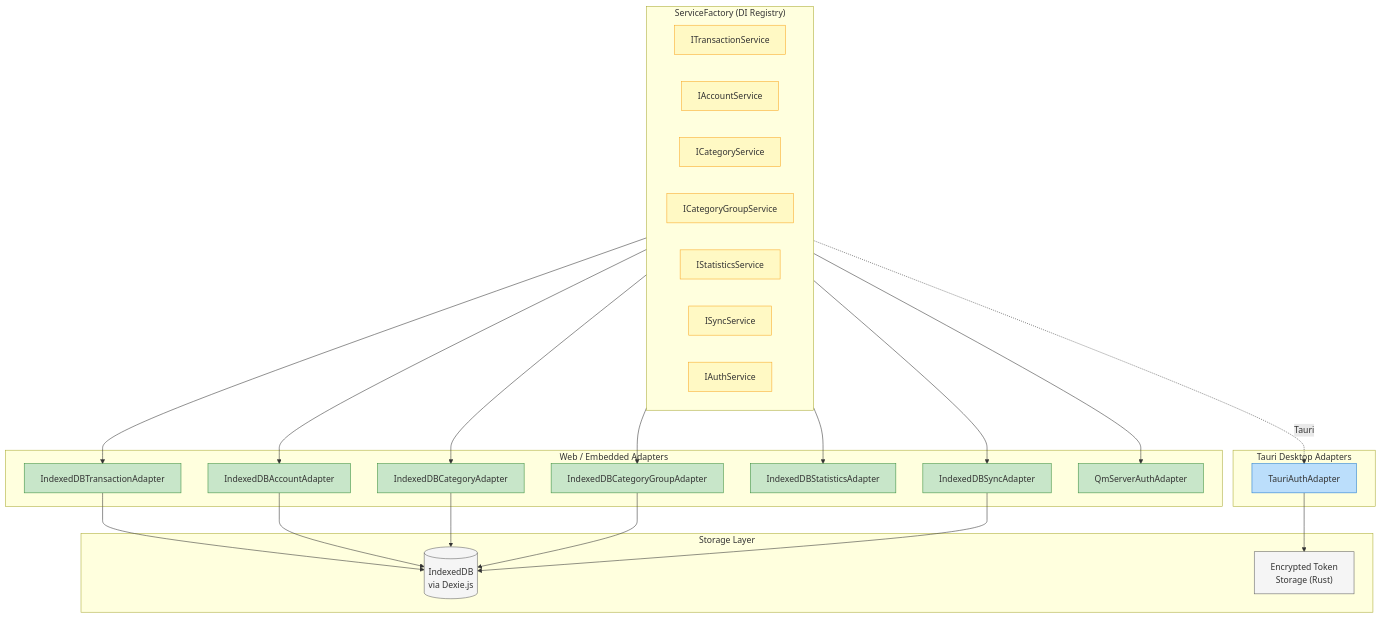
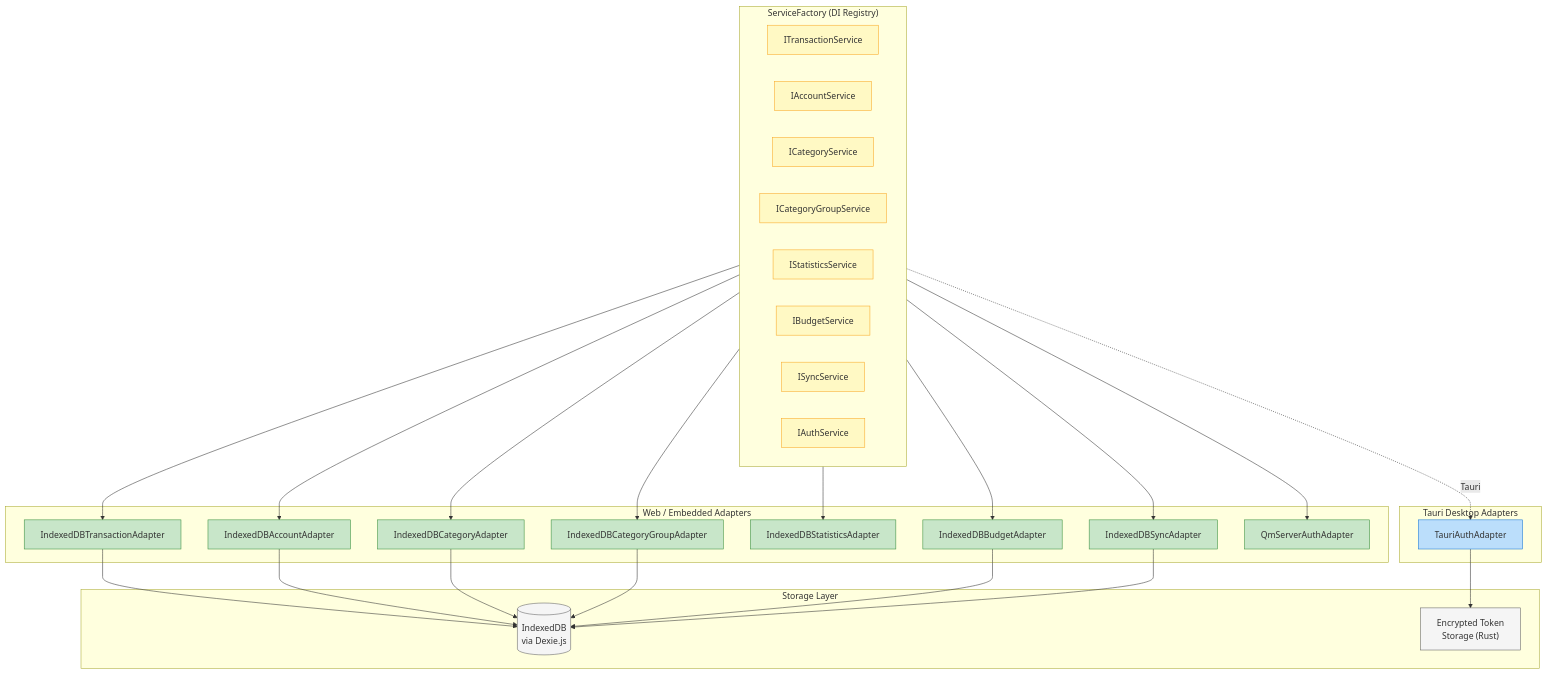
One commit to loidinhm31/money-insight changed the third of 12 diagrams in docs/architecture.md. Above: the diagram before and after it, drawn with Mermaid. The commit also changed other lines of this file and 20 other files, not shown here.

Commit message:
feat: add budget sync data layer

````diff
--- a/docs/architecture.md
+++ b/docs/architecture.md
@@ -51,57 +51,61 @@
 ```mermaid
 flowchart TB
     subgraph Factory["ServiceFactory (DI Registry)"]
         direction LR
         TxSvc["ITransactionService"]
         AccSvc["IAccountService"]
         CatSvc["ICategoryService"]
         CatGrpSvc["ICategoryGroupService"]
         StatSvc["IStatisticsService"]
+        BudgetSvc["IBudgetService"]
         SyncSvc["ISyncService"]
         AuthSvc["IAuthService"]
     end
 
     subgraph WebAdapters["Web / Embedded Adapters"]
         IDBTx["IndexedDBTransactionAdapter"]
         IDBAcct["IndexedDBAccountAdapter"]
         IDBCat["IndexedDBCategoryAdapter"]
         IDBCatGrp["IndexedDBCategoryGroupAdapter"]
         IDBStats["IndexedDBStatisticsAdapter"]
+        IDBBudget["IndexedDBBudgetAdapter"]
         IDBSync["IndexedDBSyncAdapter"]
         QmAuth["QmServerAuthAdapter"]
     end
 
     subgraph TauriAdapters["Tauri Desktop Adapters"]
         TauriAuth["TauriAuthAdapter"]
     end
 
     subgraph Storage["Storage Layer"]
         IDB[(IndexedDB<br/>via Dexie.js)]
         RustEnc["Encrypted Token<br/>Storage (Rust)"]
     end
 
     TxSvc --> IDBTx
     AccSvc --> IDBAcct
     CatSvc --> IDBCat
     CatGrpSvc --> IDBCatGrp
     StatSvc --> IDBStats
+    BudgetSvc --> IDBBudget
     SyncSvc --> IDBSync
     AuthSvc --> QmAuth
     AuthSvc -.->|Tauri| TauriAuth
 
     IDBTx --> IDB
     IDBAcct --> IDB
     IDBCat --> IDB
     IDBCatGrp --> IDB
+    IDBBudget --> IDB
     IDBSync --> IDB
     TauriAuth --> RustEnc
 
     classDef iface fill:#fff9c4,stroke:#f9a825
     classDef web fill:#c8e6c9,stroke:#388e3c
     classDef tauri fill:#bbdefb,stroke:#1976d2
     classDef store fill:#f5f5f5,stroke:#616161
-    class TxSvc,AccSvc,CatSvc,CatGrpSvc,StatSvc,SyncSvc,AuthSvc iface
-    class IDBTx,IDBAcct,IDBCat,IDBCatGrp,IDBStats,IDBSync,QmAuth web
+    class TxSvc,AccSvc,CatSvc,CatGrpSvc,StatSvc,BudgetSvc,SyncSvc,AuthSvc iface
+    class IDBTx,IDBAcct,IDBCat,IDBCatGrp,IDBStats,IDBBudget,IDBSync,QmAuth web
     class TauriAuth tauri
     class IDB,RustEnc store
 ```
````
